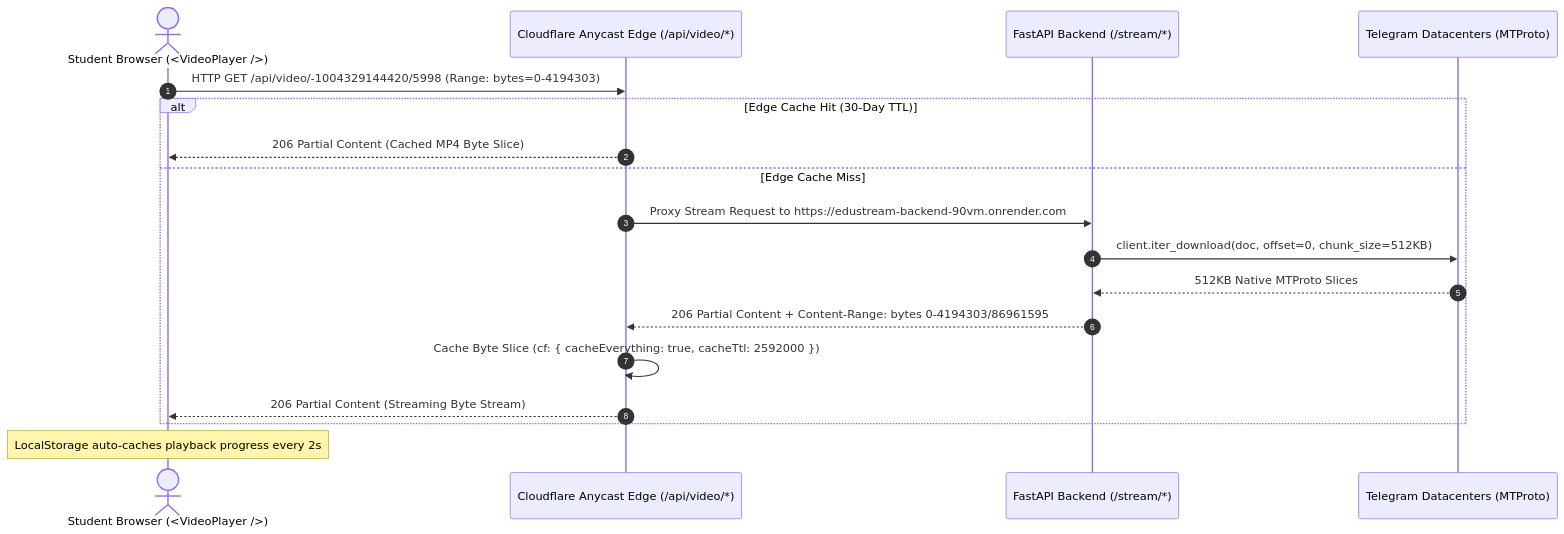
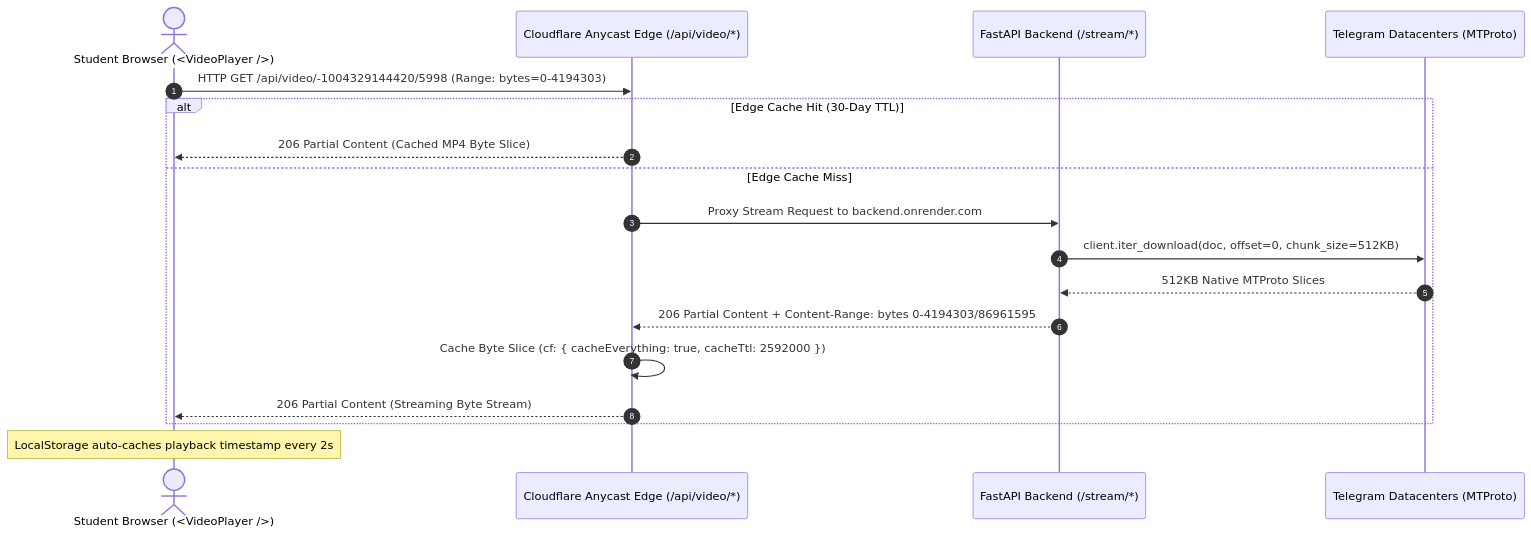
The second of 9 diagrams in SYSTEM_ARCHITECTURE_LLD_HLD.md (mdalamrahman/edustreams), drawn with Mermaid before and after one commit. The commit also changed other lines of this file and 3 other files, not shown here.

````diff
--- a/SYSTEM_ARCHITECTURE_LLD_HLD.md
+++ b/SYSTEM_ARCHITECTURE_LLD_HLD.md
@@ -122,21 +139,21 @@
 ```mermaid
 sequenceDiagram
     autonumber
     actor Student as Student Browser (<VideoPlayer />)
     participant Edge as Cloudflare Anycast Edge (/api/video/*)
     participant Origin as FastAPI Backend (/stream/*)
     participant MTProto as Telegram Datacenters (MTProto)
 
     Student->>Edge: HTTP GET /api/video/-1004329144420/5998 (Range: bytes=0-4194303)
     alt Edge Cache Hit (30-Day TTL)
         Edge-->>Student: 206 Partial Content (Cached MP4 Byte Slice)
     else Edge Cache Miss
-        Edge->>Origin: Proxy Stream Request to https://edustream-backend-90vm.onrender.com
+        Edge->>Origin: Proxy Stream Request to backend.onrender.com
         Origin->>MTProto: client.iter_download(doc, offset=0, chunk_size=512KB)
         MTProto-->>Origin: 512KB Native MTProto Slices
         Origin-->>Edge: 206 Partial Content + Content-Range: bytes 0-4194303/86961595
         Edge->>Edge: Cache Byte Slice (cf: { cacheEverything: true, cacheTtl: 2592000 })
         Edge-->>Student: 206 Partial Content (Streaming Byte Stream)
     end
-    Note over Student: LocalStorage auto-caches playback progress every 2s
+    Note over Student: LocalStorage auto-caches playback timestamp every 2s
 ```
````
